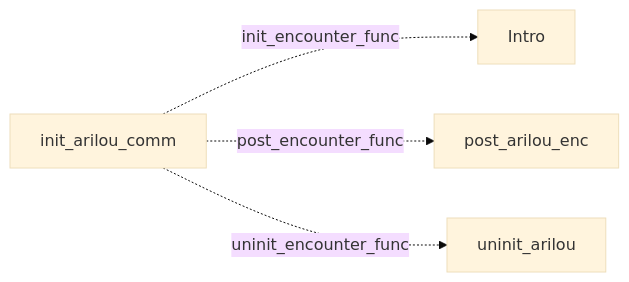
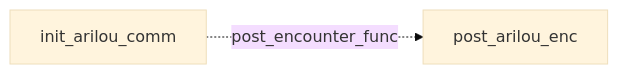
One commit to yost-jacob/uqm-cpp17 changed the diagram in docs/design/conversation/catalog/arilou.md. Above: the diagram before and after it, drawn with Mermaid (base theme). The commit also changed other lines of this file and 77 other files, not shown here.

Commit message:
Migrate nine more stories and replace native turn stubs with graph lifecycle

````diff
--- a/docs/design/conversation/catalog/arilou.md
+++ b/docs/design/conversation/catalog/arilou.md
@@ -23,10 +21,6 @@
 ```mermaid
 flowchart LR
-    n0["Intro"]
-    n1["uninit_arilou"]
-    n2["post_arilou_enc"]
-    n3["init_arilou_comm"]
-    n3 -. "init_encounter_func" .-> n0
-    n3 -. "post_encounter_func" .-> n2
-    n3 -. "uninit_encounter_func" .-> n1
+    n0["post_arilou_enc"]
+    n1["init_arilou_comm"]
+    n1 -. "post_encounter_func" .-> n0
 ```
````
